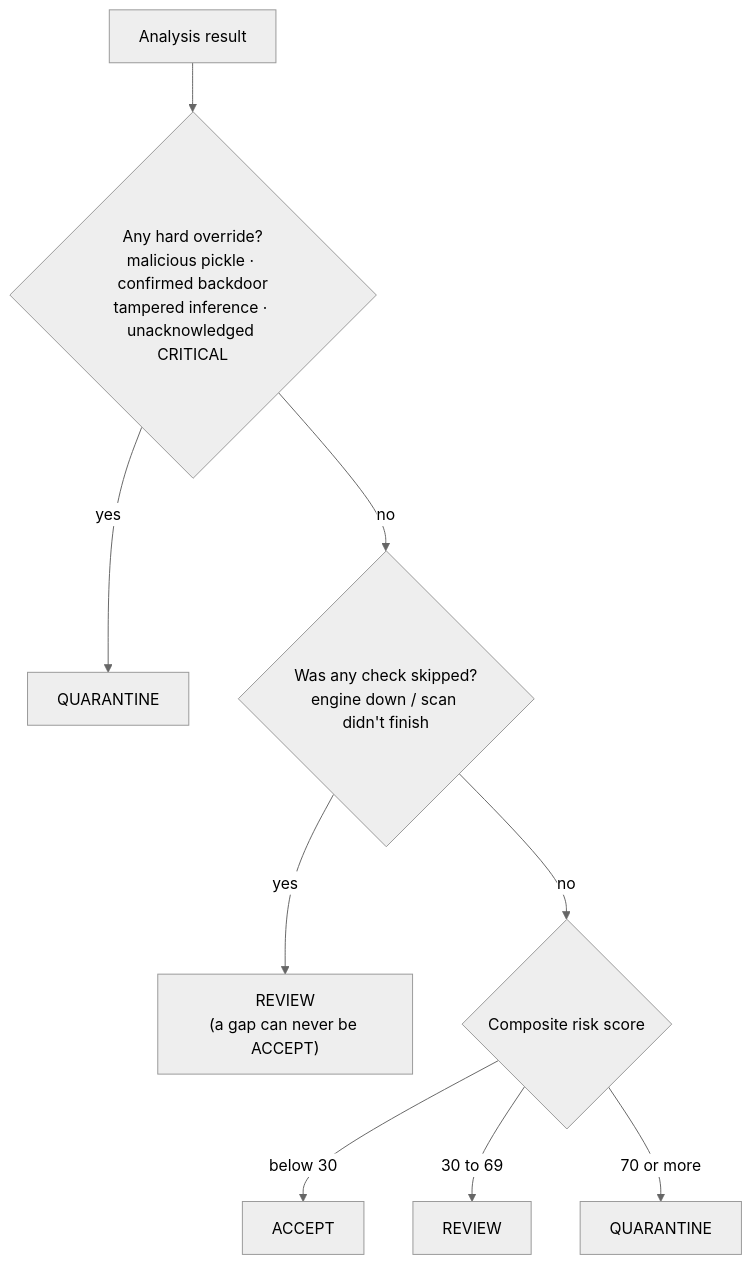
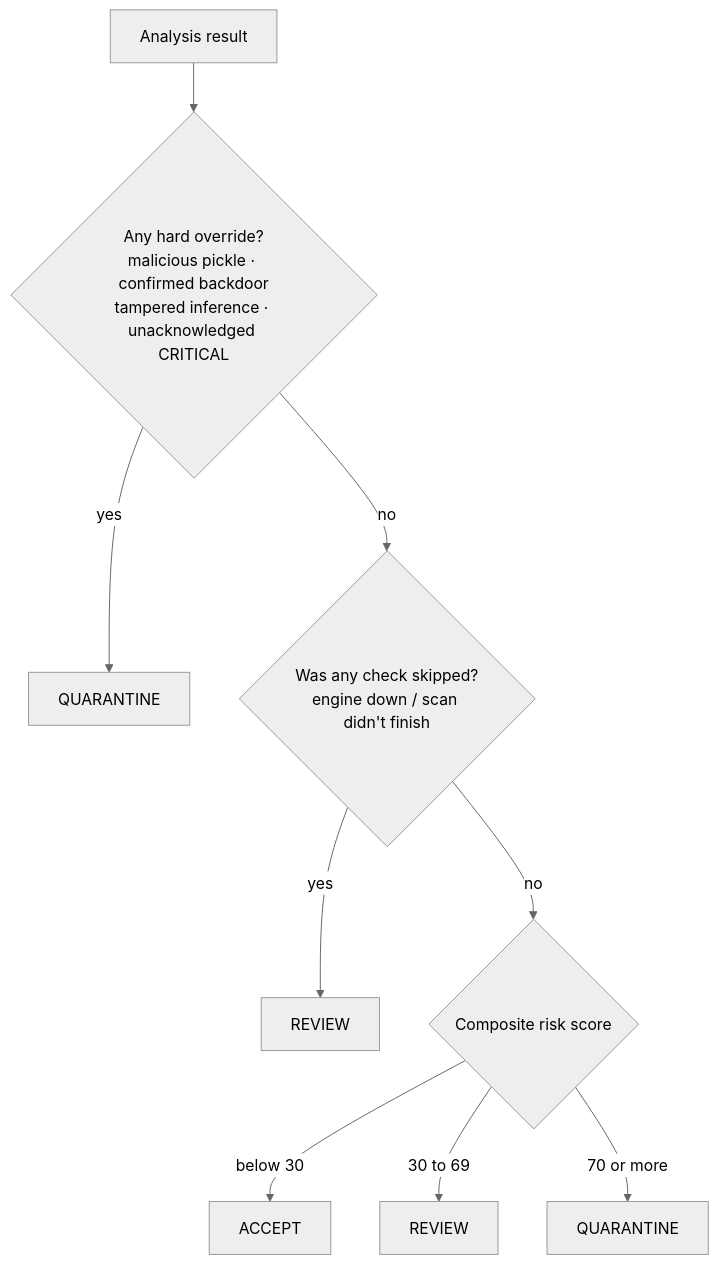
One commit to ekupekuAI/AISecurity26228 changed the third of 4 diagrams in README.md. Above: the diagram before and after it, drawn with Mermaid (neutral theme). The commit also changed other lines of this file and 2 other files, not shown here.

````diff
--- a/README.md
+++ b/README.md
@@ -201,11 +176,11 @@
 ```mermaid
 flowchart TD
     S["Analysis result"] --> O{"Any hard override?<br/>malicious pickle · confirmed backdoor<br/>tampered inference · unacknowledged CRITICAL"}
     O -->|yes| Q["QUARANTINE"]
     O -->|no| C{"Was any check skipped?<br/>engine down / scan didn't finish"}
-    C -->|yes| R["REVIEW<br/>(a gap can never be ACCEPT)"]
+    C -->|yes| R["REVIEW"]
     C -->|no| B{"Composite risk score"}
     B -->|"below 30"| A["ACCEPT"]
     B -->|"30 to 69"| R2["REVIEW"]
     B -->|"70 or more"| Q2["QUARANTINE"]
 ```
````
